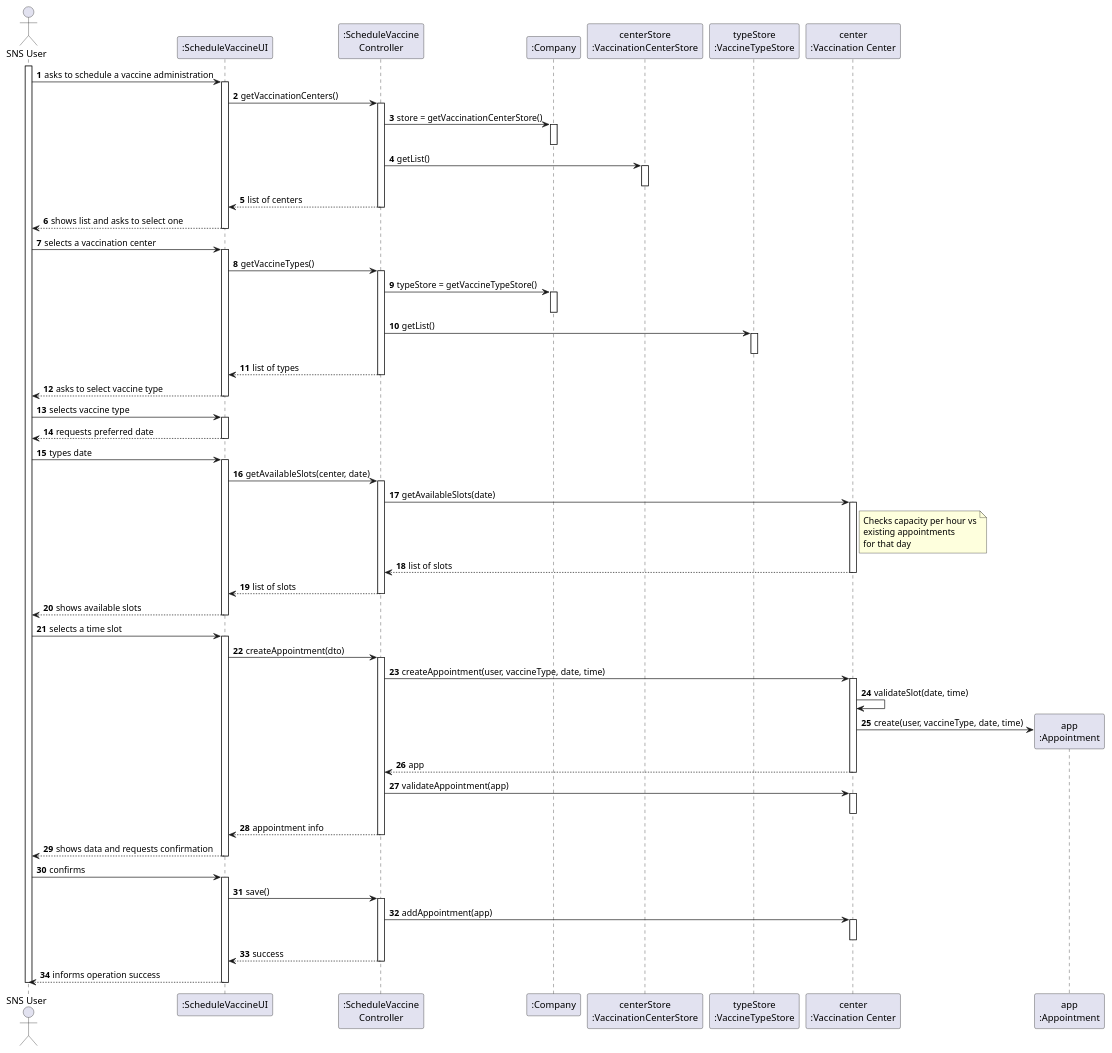
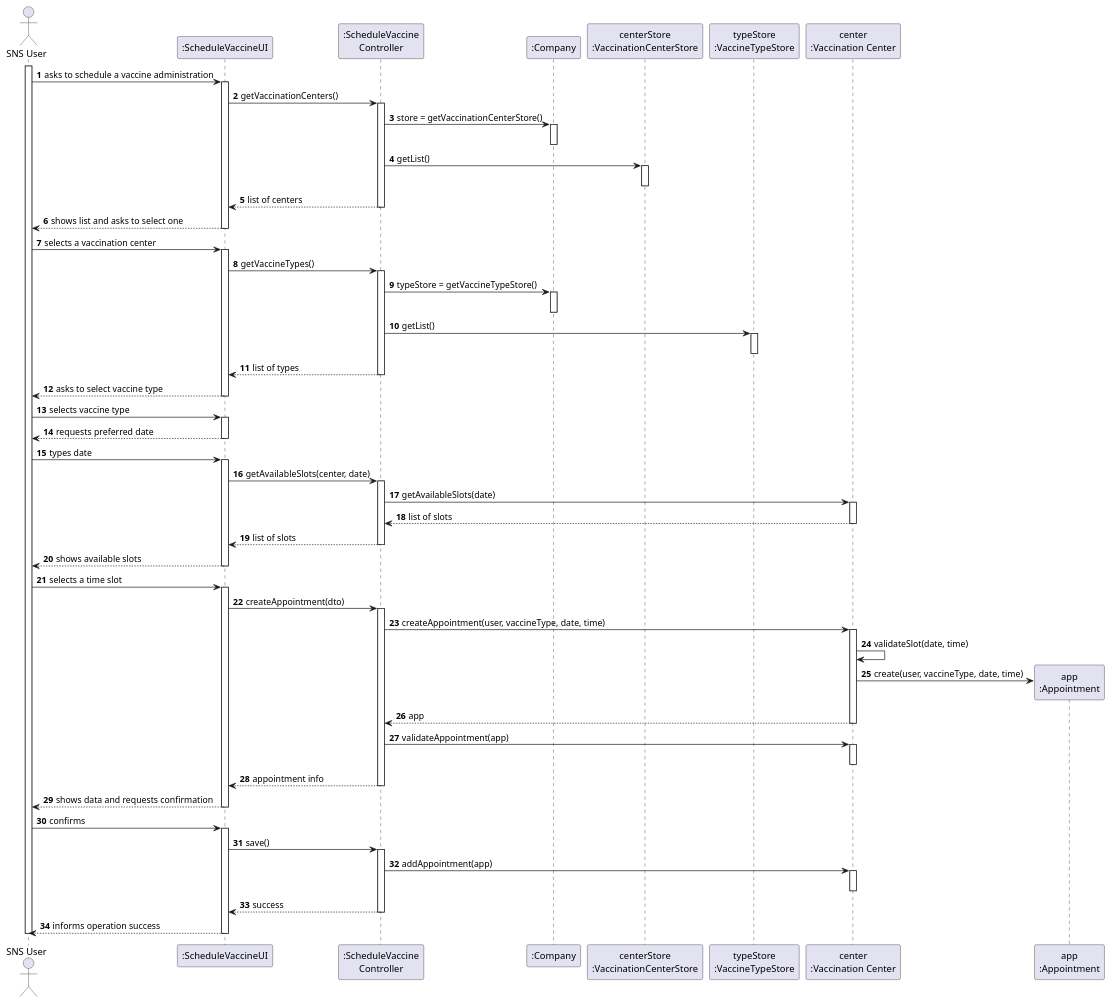
The diagram in project-template/docs/sprint3/US30/puml/US30-SD.puml (afonso51111/leti-esoft-25-26-A33), drawn with PlantUML before and after one commit. The commit also changed 36 other files, not shown here.

```diff
--- a/project-template/docs/sprint3/US30/puml/US30-SD.puml
+++ b/project-template/docs/sprint3/US30/puml/US30-SD.puml
@@ -1,117 +1,109 @@
 @startuml
 autonumber
 actor "SNS User" as User
 participant ":ScheduleVaccineUI" as UI
 participant ":ScheduleVaccine\nController" as CTRL
 participant ":Company" as CMP
 participant "centerStore\n:VaccinationCenterStore" as C_STORE
 participant "typeStore\n:VaccineTypeStore" as T_STORE
 participant "center\n:Vaccination Center" as CENTER
 participant "app\n:Appointment" as APP
 
 activate User
 User -> UI : asks to schedule a vaccine administration
 activate UI
 
-'--- Selecionar Centro ---
 UI -> CTRL : getVaccinationCenters()
 activate CTRL
 CTRL -> CMP : store = getVaccinationCenterStore()
 activate CMP
 deactivate CMP
 CTRL -> C_STORE : getList()
 activate C_STORE
 deactivate C_STORE
 CTRL --> UI : list of centers
 deactivate CTRL
 
 UI --> User : shows list and asks to select one
 deactivate UI
 
 User -> UI : selects a vaccination center
 activate UI
 
-'--- Selecionar Tipo de Vacina ---
 UI -> CTRL : getVaccineTypes()
 activate CTRL
 CTRL -> CMP : typeStore = getVaccineTypeStore()
 activate CMP
 deactivate CMP
 CTRL -> T_STORE : getList()
 activate T_STORE
 deactivate T_STORE
 CTRL --> UI : list of types
 deactivate CTRL
 
 UI --> User : asks to select vaccine type
 deactivate UI
 User -> UI : selects vaccine type
 activate UI
 
-'--- Selecionar Data e Slot ---
 UI --> User : requests preferred date
 deactivate UI
 User -> UI : types date
 activate UI
 
 UI -> CTRL : getAvailableSlots(center, date)
 activate CTRL
     CTRL -> CENTER : getAvailableSlots(date)
     activate CENTER
-    note right of CENTER
-       Checks capacity per hour vs
-       existing appointments
-       for that day
-    end note
+
     CENTER --> CTRL : list of slots
     deactivate CENTER
 CTRL --> UI : list of slots
 deactivate CTRL
 
 UI --> User : shows available slots
 deactivate UI
 
 User -> UI : selects a time slot
 activate UI
 
-'--- Criar Agendamento ---
 UI -> CTRL : createAppointment(dto)
 activate CTRL
 
     CTRL -> CENTER : createAppointment(user, vaccineType, date, time)
     activate CENTER
 
         CENTER -> CENTER : validateSlot(date, time)
 
         create APP
         CENTER -> APP : create(user, vaccineType, date, time)
 
     CENTER --> CTRL : app
     deactivate CENTER
 
 CTRL -> CENTER : validateAppointment(app)
 activate CENTER
 deactivate CENTER
 
 CTRL --> UI : appointment info
 deactivate CTRL
 
 UI --> User : shows data and requests confirmation
 deactivate UI
 
 User -> UI : confirms
 activate UI
 
 UI -> CTRL : save()
 activate CTRL
     CTRL -> CENTER : addAppointment(app)
     activate CENTER
     deactivate CENTER
 CTRL --> UI : success
 deactivate CTRL
 
 UI --> User : informs operation success
 deactivate UI
 deactivate User
 
 @enduml
```
